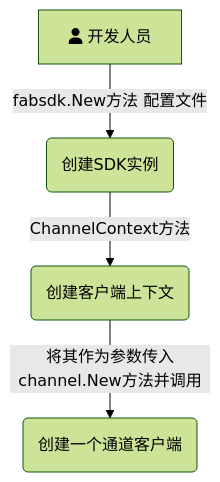
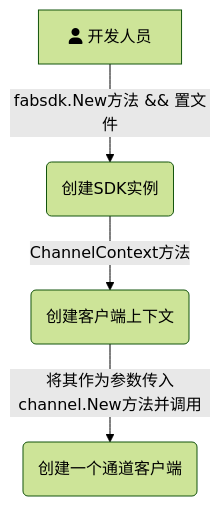
Before and after one commit to Utekichan/iodraw-files: the diagram in all/未命名.md, drawn with Mermaid (forest theme).

Commit message:
2024-03-30 22:17:50 update

````diff
--- a/all/未命名.md
+++ b/all/未命名.md
@@ -1,11 +1,11 @@
 ```mermaid
 graph TD
-    A[fa:fa-user 开发人员] -->|fabsdk.New方法 配置文件| B(创建SDK实例)
+    A[fa:fa-user 开发人员] -->|fabsdk.New方法 && 置文件| B(创建SDK实例)
     B-->|ChannelContext方法| C(创建客户端上下文)
     C-->|将其作为参数传入channel.New方法并调用| D(创建一个通道客户端)
     %% C --> D{Select}
     %% C -->|One| D[Laptop]
     %% C -->|Two| E[iPhone]
     %% C -->|Three| F[Car]
   
 ```
````
